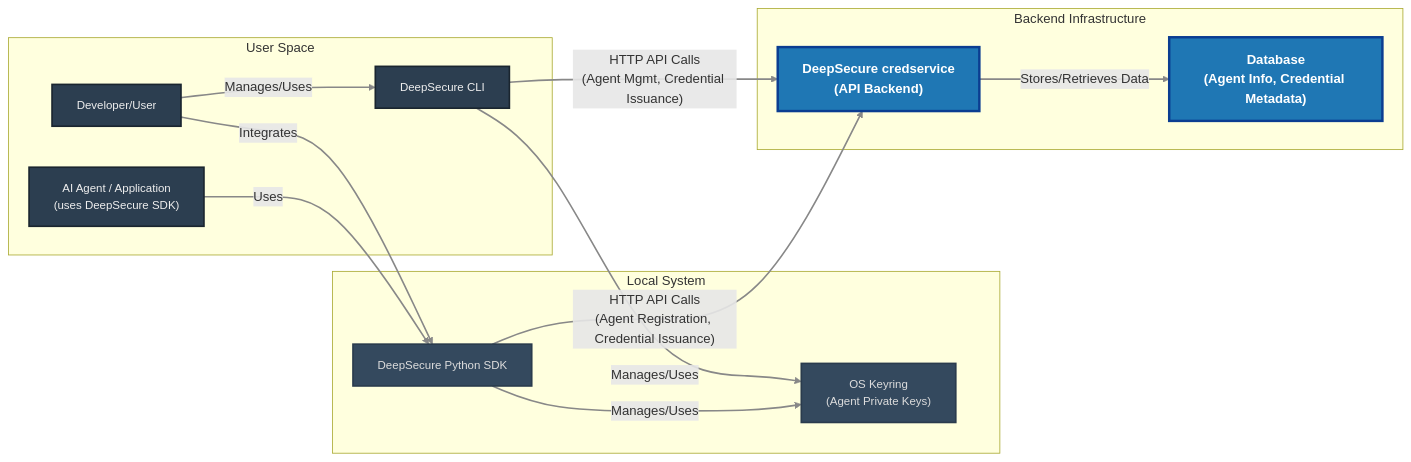
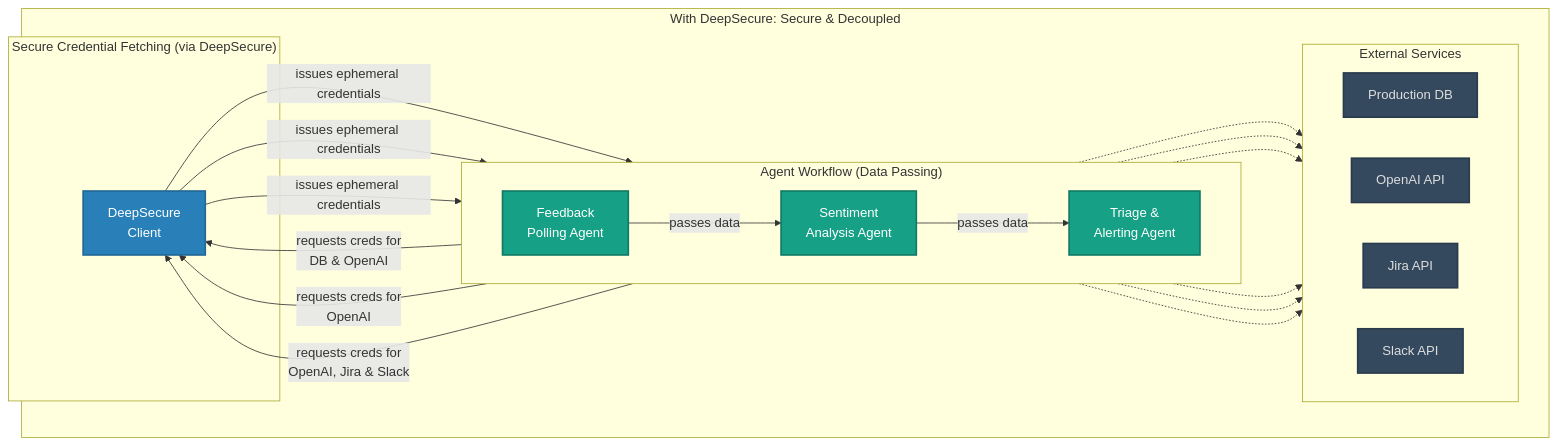
Before and after one commit to DeepTrail/deepsecure: the second of 2 diagrams in README.md, drawn with Mermaid. The commit also changed other lines of this file and 73 other files, not shown here.

````diff
--- a/README.md
+++ b/README.md
@@ -293,40 +110,46 @@
 ```mermaid
-graph LR
-    classDef userNode fill:#2c3e50,stroke:#1a252f,color:#eee,stroke-width:2px,font-size:14px;
-    classDef sdkNode fill:#34495e,stroke:#2a3b4d,color:#ddd,stroke-width:2px,font-size:14px;
-    classDef backendNode fill:#1f77b4,stroke:#0b3d91,color:#fff,stroke-width:3px,font-weight:bold,font-size:16px;
+graph TD
+    classDef agentNode fill:#16a085,stroke:#117a65,color:#fff,stroke-width:2px;
+    classDef clientNode fill:#2980b9,stroke:#216797,color:#fff,stroke-width:2px;
+    classDef serviceNode fill:#34495e,stroke:#2a3b4d,color:#ddd,stroke-width:2px;
+    classDef dataFlow color:black,font-weight:bold;
 
-    subgraph "User Space"
-        Developer["Developer/User"]
-        AIAgent["AI Agent / Application<br/>(uses DeepSecure SDK)"]
-        CLI["DeepSecure CLI"]
+    subgraph "With DeepSecure: Secure & Decoupled"
+        subgraph "Agent Workflow (Data Passing)"
+            direction LR
+            PollingAgent["Feedback<br/>Polling Agent"] -->|passes data| AnalysisAgent["Sentiment<br/>Analysis Agent"]
+            AnalysisAgent -->|passes data| AlertingAgent["Triage &<br/>Alerting Agent"]
+            class PollingAgent,AnalysisAgent,AlertingAgent agentNode;
+            linkStyle 0,1 dataFlow;
+        end
+
+        subgraph "Secure Credential Fetching (via DeepSecure)"
+            Client["DeepSecure<br/>Client"]
+            class Client clientNode;
+        end
+        
+        subgraph "External Services"
+            direction LR
+            ProductionDB["Production DB"]
+            OpenAI["OpenAI API"]
+            Jira["Jira API"]
+            Slack["Slack API"]
+            class ProductionDB,OpenAI,Jira,Slack serviceNode;
+        end
+
+        PollingAgent -- "requests creds for<br/>DB & OpenAI" --> Client
+        AnalysisAgent -- "requests creds for<br/>OpenAI" --> Client
+        AlertingAgent -- "requests creds for<br/>OpenAI, Jira & Slack" --> Client
+
+        Client -- "issues ephemeral credentials" --> PollingAgent
+        Client -- "issues ephemeral credentials" --> AnalysisAgent
+        Client -- "issues ephemeral credentials" --> AlertingAgent
+
+        PollingAgent -.-> ProductionDB
+        PollingAgent -.-> OpenAI
+        AnalysisAgent -.-> OpenAI
+        AlertingAgent -.-> OpenAI
+        AlertingAgent -.-> Jira
+        AlertingAgent -.-> Slack
     end
-
-    subgraph "Local System"
-        SDK["DeepSecure Python SDK"]
-        Keyring["OS Keyring<br/>(Agent Private Keys)"]
-    end
-
-    subgraph "Backend Infrastructure"
-        CredService["DeepSecure credservice<br/>(API Backend)"]
-        DB["Database<br/>(Agent Info, Credential Metadata)"]
-    end
-
-    Developer -->|"Manages/Uses"| CLI
-    Developer -->|"Integrates"| SDK
-    AIAgent -->|"Uses"| SDK
-
-    CLI -->|"Manages/Uses"| Keyring
-    SDK -->|"Manages/Uses"| Keyring
-
-    CLI -->|"HTTP API Calls<br/>(Agent Mgmt, Credential Issuance)"| CredService
-    SDK -->|"HTTP API Calls<br/>(Agent Registration, Credential Issuance)"| CredService
-
-    CredService -->|"Stores/Retrieves Data"| DB
-
-    class Developer,AIAgent,CLI userNode;
-    class SDK,Keyring sdkNode;
-    class CredService,DB backendNode;
-
-    linkStyle default stroke:#888,stroke-width:2px;
 ```
````
